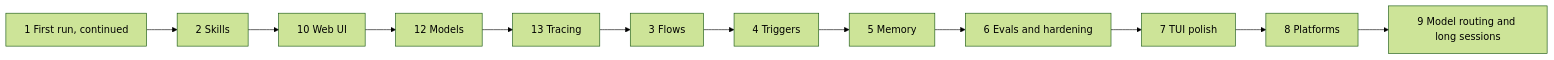
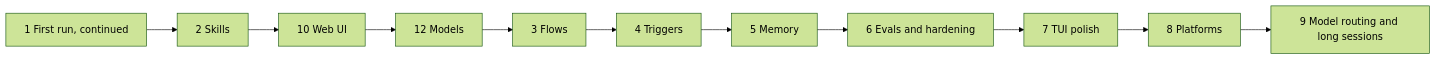
One commit to MilanPavel/golem changed the first of 7 diagrams in docs/plan.md. Above: the diagram before and after it, drawn with Mermaid (forest theme). The commit also changed other lines of this file and 11 other files, not shown here.

Commit message:
docs: add chapter 14 on tracing and a trace section to the web guide (#585)

````diff
--- a/docs/plan.md
+++ b/docs/plan.md
@@ -31,4 +30,4 @@
 ```mermaid
 flowchart LR
-  p1[1 First run, continued] --> p2[2 Skills] --> p10[10 Web UI] --> p12[12 Models] --> p13[13 Tracing] --> p3[3 Flows] --> p4[4 Triggers] --> p5[5 Memory] --> p6[6 Evals and hardening] --> p7[7 TUI polish] --> p8[8 Platforms] --> p9[9 Model routing and long sessions]
+  p1[1 First run, continued] --> p2[2 Skills] --> p10[10 Web UI] --> p12[12 Models] --> p3[3 Flows] --> p4[4 Triggers] --> p5[5 Memory] --> p6[6 Evals and hardening] --> p7[7 TUI polish] --> p8[8 Platforms] --> p9[9 Model routing and long sessions]
 ```
````
